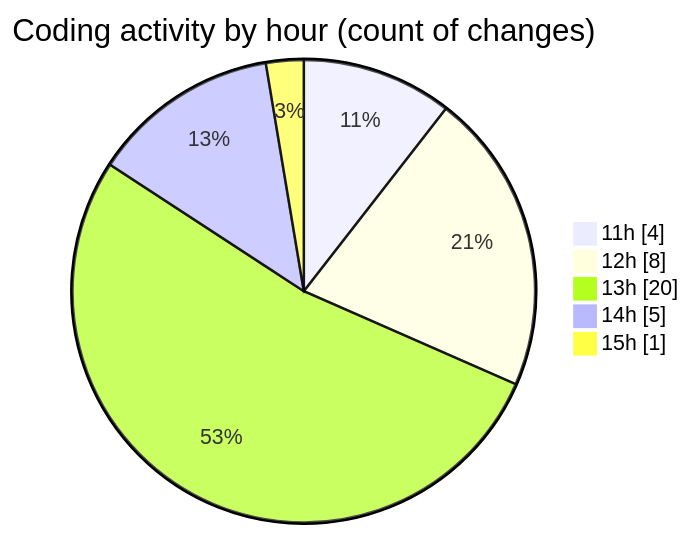
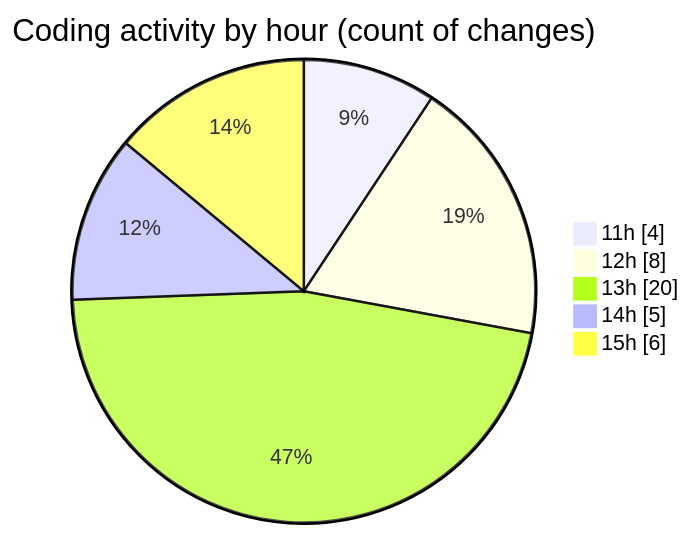
The second of 2 diagrams in 2025-08-07/cda/README.md (momahboobian/code-tracking), drawn with Mermaid before and after one commit. The commit also changed other lines of this file and 1 other file, not shown here.

````diff
--- a/2025-08-07/cda/README.md
+++ b/2025-08-07/cda/README.md
@@ -29,9 +29,9 @@
 ```mermaid
 pie showData
 title Coding activity by hour (count of changes)
 "11h" : 4
 "12h" : 8
 "13h" : 20
 "14h" : 5
-"15h" : 1
+"15h" : 6
 ```
````
